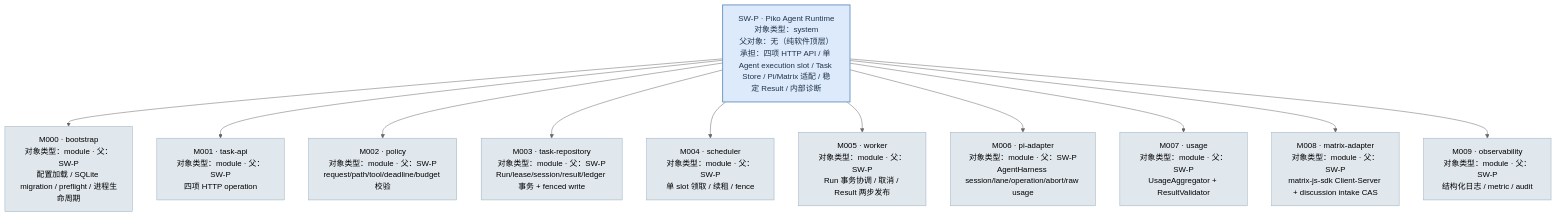
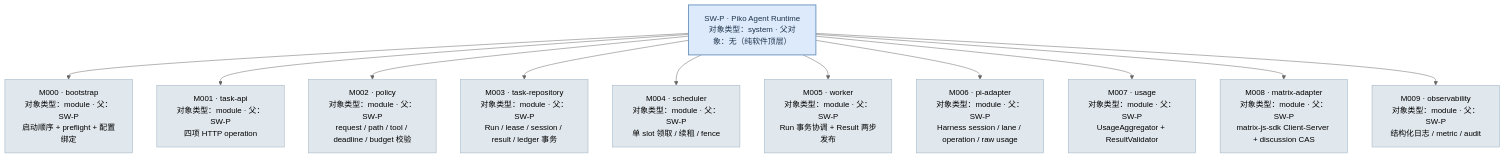
One commit to corezilla/piko changed the third of 9 diagrams in docs/20_system_design/piko-system-design.md. Above: the diagram before and after it, drawn with Mermaid (neutral theme). The commit also changed other lines of this file, not shown here.

First line of the commit message:
docs(std): clean up SW-2 application context diagram

````diff
--- a/docs/20_system_design/piko-system-design.md
+++ b/docs/20_system_design/piko-system-design.md
@@ -138,38 +133,38 @@
 ```mermaid
 flowchart TD
-  SWP["SW-P · Piko Agent Runtime<br/>对象类型：system<br/>父对象：无（纯软件顶层）<br/>承担：四项 HTTP API / 单 Agent execution slot / Task Store / Pi/Matrix 适配 / 稳定 Result / 内部诊断"]
+  SWP["SW-P · Piko Agent Runtime<br/>对象类型：system · 父对象：无（纯软件顶层）"]
 
-  M000["M000 · bootstrap<br/>对象类型：module · 父：SW-P<br/>配置加载 / SQLite migration / preflight / 进程生命周期"]
+  M000["M000 · bootstrap<br/>对象类型：module · 父：SW-P<br/>启动顺序 + preflight + 配置绑定"]
   M001["M001 · task-api<br/>对象类型：module · 父：SW-P<br/>四项 HTTP operation"]
-  M002["M002 · policy<br/>对象类型：module · 父：SW-P<br/>request/path/tool/deadline/budget 校验"]
-  M003["M003 · task-repository<br/>对象类型：module · 父：SW-P<br/>Run/lease/session/result/ledger 事务 + fenced write"]
+  M002["M002 · policy<br/>对象类型：module · 父：SW-P<br/>request / path / tool / deadline / budget 校验"]
+  M003["M003 · task-repository<br/>对象类型：module · 父：SW-P<br/>Run / lease / session / result / ledger 事务"]
   M004["M004 · scheduler<br/>对象类型：module · 父：SW-P<br/>单 slot 领取 / 续租 / fence"]
-  M005["M005 · worker<br/>对象类型：module · 父：SW-P<br/>Run 事务协调 / 取消 / Result 两步发布"]
-  M006["M006 · pi-adapter<br/>对象类型：module · 父：SW-P<br/>AgentHarness session/lane/operation/abort/raw usage"]
+  M005["M005 · worker<br/>对象类型：module · 父：SW-P<br/>Run 事务协调 + Result 两步发布"]
+  M006["M006 · pi-adapter<br/>对象类型：module · 父：SW-P<br/>Harness session / lane / operation / raw usage"]
   M007["M007 · usage<br/>对象类型：module · 父：SW-P<br/>UsageAggregator + ResultValidator"]
-  M008["M008 · matrix-adapter<br/>对象类型：module · 父：SW-P<br/>matrix-js-sdk Client-Server + discussion intake CAS"]
+  M008["M008 · matrix-adapter<br/>对象类型：module · 父：SW-P<br/>matrix-js-sdk Client-Server + discussion CAS"]
   M009["M009 · observability<br/>对象类型：module · 父：SW-P<br/>结构化日志 / metric / audit"]
 
   SWP --> M000
   SWP --> M001
   SWP --> M002
   SWP --> M003
   SWP --> M004
   SWP --> M005
   SWP --> M006
   SWP --> M007
   SWP --> M008
   SWP --> M009
 
   style SWP fill:#dceafb,stroke:#7299c3,stroke-width:2px,color:#20344b
   style M000 fill:#e0e7ed,stroke:#9aafbf,stroke-width:1px
   style M001 fill:#e0e7ed,stroke:#9aafbf,stroke-width:1px
   style M002 fill:#e0e7ed,stroke:#9aafbf,stroke-width:1px
   style M003 fill:#e0e7ed,stroke:#9aafbf,stroke-width:1px
   style M004 fill:#e0e7ed,stroke:#9aafbf,stroke-width:1px
   style M005 fill:#e0e7ed,stroke:#9aafbf,stroke-width:1px
   style M006 fill:#e0e7ed,stroke:#9aafbf,stroke-width:1px
   style M007 fill:#e0e7ed,stroke:#9aafbf,stroke-width:1px
   style M008 fill:#e0e7ed,stroke:#9aafbf,stroke-width:1px
   style M009 fill:#e0e7ed,stroke:#9aafbf,stroke-width:1px
 ```
````
